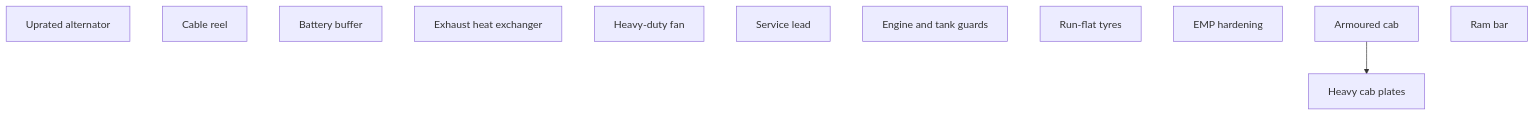
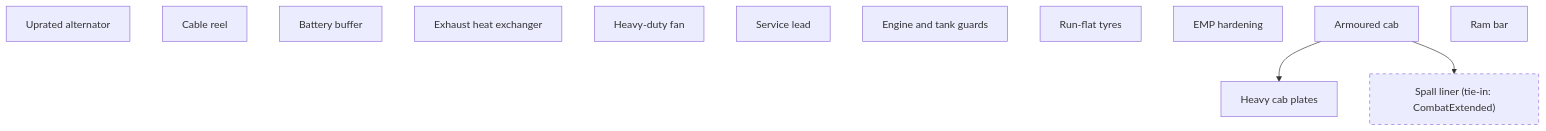
One commit to phobos-dthorga/phobos-rimworld changed the second of 2 diagrams in docs/development/vehicle-generator-set.md. Above: the diagram before and after it, drawn with Mermaid. The commit also changed 41 other files, not shown here.

First line of the commit message:
Spall inside vehicles and the spall liner (Framework 0.207.0, Vehicles 0.92.0)

````diff
--- a/docs/development/vehicle-generator-set.md
+++ b/docs/development/vehicle-generator-set.md
@@ -228,16 +228,20 @@
 ```mermaid
 flowchart TB
   BiggerAlternator["Uprated alternator"]
   CableReel["Cable reel"]
   BatteryBuffer["Battery buffer"]
   HeatRecovery["Exhaust heat exchanger"]
   HeavyFan["Heavy-duty fan"]
   PhobosServiceLead["Service lead"]
   PhobosEngineGuards["Engine and tank guards"]
   PhobosRunFlatTyres["Run-flat tyres"]
   PhobosEmpHardening["EMP hardening"]
   PhobosArmouredCab["Armoured cab"]
   PhobosRamBar["Ram bar"]
   PhobosHeavyCabPlates["Heavy cab plates"]
+  PhobosSpallLiner["Spall liner (tie-in: CombatExtended)"]
   PhobosArmouredCab --> PhobosHeavyCabPlates
+  PhobosArmouredCab --> PhobosSpallLiner
+  classDef tiein stroke-dasharray: 5 5
+  class PhobosSpallLiner tiein
 ```
````
